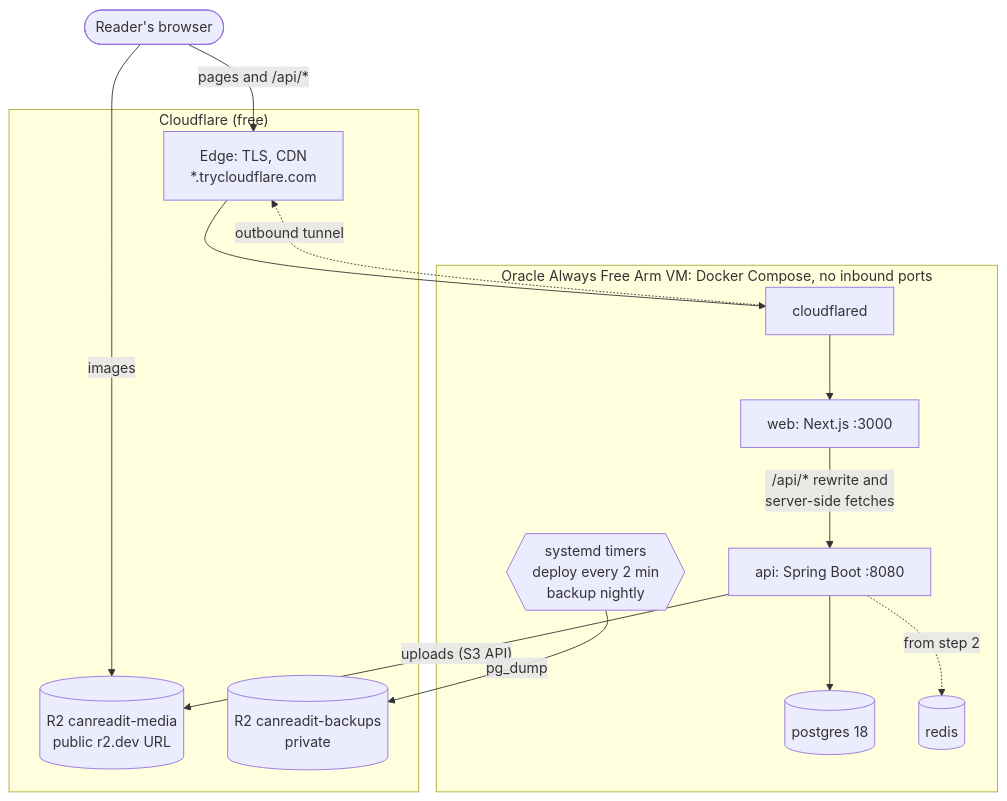
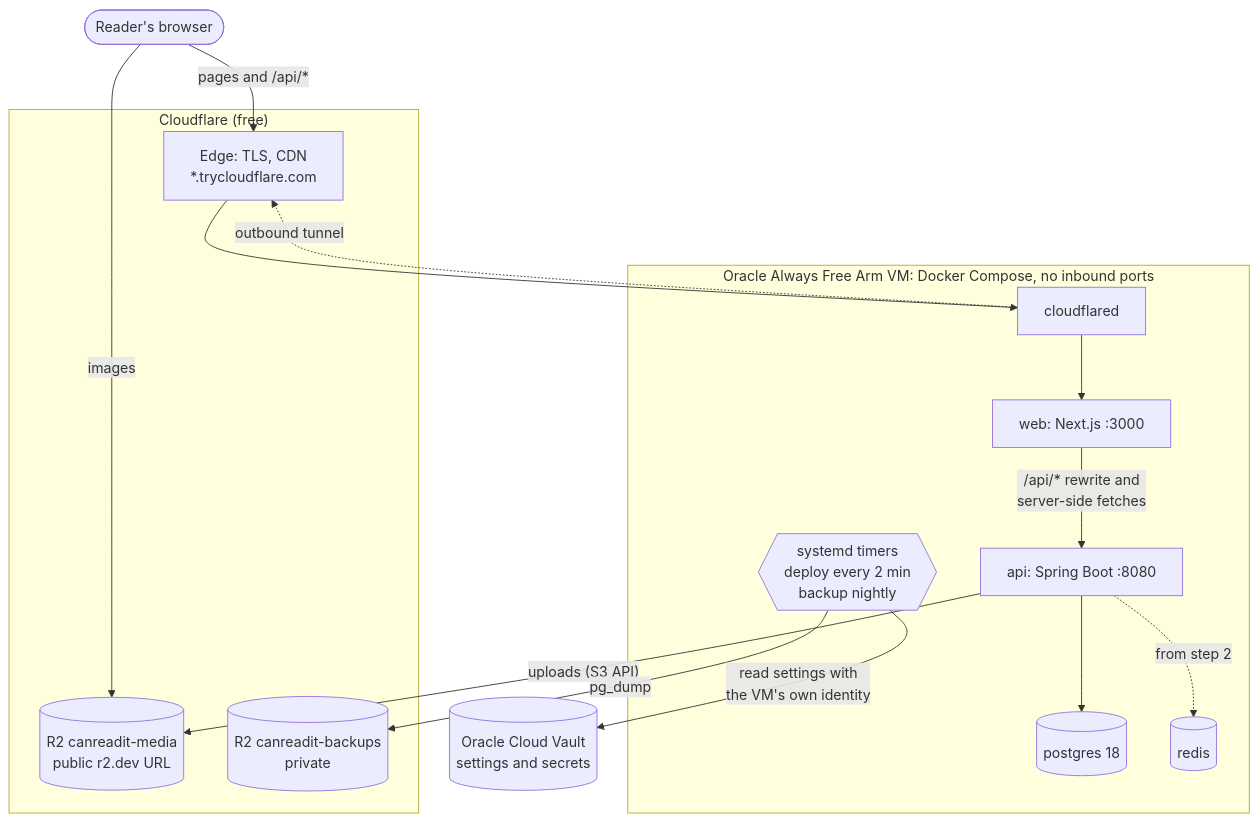
Before and after one commit to atulrwt23/can-read-it: the first of 3 diagrams in docs/deploy.md, drawn with Mermaid. The commit also changed other lines of this file and 9 other files, not shown here.

First line of the commit message:
feat(infra): read production settings from Oracle Cloud Vault (#4)

````diff
--- a/docs/deploy.md
+++ b/docs/deploy.md
@@ -35,26 +36,28 @@
 ```mermaid
 flowchart TB
   reader([Reader's browser])
   subgraph cf["Cloudflare (free)"]
     edge["Edge: TLS, CDN<br/>*.trycloudflare.com"]
     media[("R2 canreadit-media<br/>public r2.dev URL")]
     backups[("R2 canreadit-backups<br/>private")]
   end
   subgraph vm["Oracle Always Free Arm VM: Docker Compose, no inbound ports"]
     cfd[cloudflared]
     web["web: Next.js :3000"]
     api["api: Spring Boot :8080"]
     pg[("postgres 18")]
     redis[("redis")]
     timers{{"systemd timers<br/>deploy every 2 min<br/>backup nightly"}}
   end
   reader -- "pages and /api/*" --> edge
   cfd -. "outbound tunnel" .-> edge
   edge --> cfd --> web
   web -- "/api/* rewrite and<br/>server-side fetches" --> api
   api --> pg
   api -. "from step 2" .-> redis
   api -- "uploads (S3 API)" --> media
   reader -- "images" --> media
   timers -- "pg_dump" --> backups
+  vault[("Oracle Cloud Vault<br/>settings and secrets")]
+  timers -- "read settings with<br/>the VM's own identity" --> vault
 ```
````
